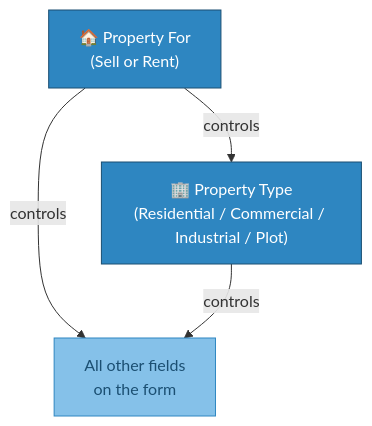
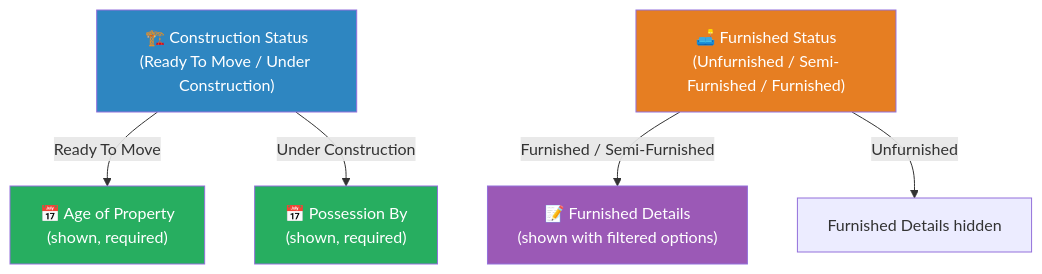
Before and after one commit to shackshyam/property: the first of 4 diagrams in README.md, drawn with Mermaid. The commit also changed other lines of this file, not shown here.

Commit message:
Update README for Project Form details

````diff
--- a/README.md
+++ b/README.md
@@ -23,14 +26,17 @@
 ```mermaid
 graph TD
-    A["🏠 Property For<br>(Sell or Rent)"]
-    B["🏢 Property Type<br>(Residential / Commercial / Industrial / Plot)"]
-    C["All other fields<br>on the form"]
+    CS["🏗️ Construction Status<br>(Ready To Move / Under Construction)"]
+    FS["🛋️ Furnished Status<br>(Unfurnished / Semi-Furnished / Furnished)"]
 
-    A -->|"controls"| B
-    A -->|"controls"| C
-    B -->|"controls"| C
+    CS -->|"Ready To Move"| AOP["📅 Age of Property<br>(shown, required)"]
+    CS -->|"Under Construction"| PB["📅 Possession By<br>(shown, required)"]
 
-    style A fill:#2E86C1,color:#fff,stroke:#1B4F72
-    style B fill:#2E86C1,color:#fff,stroke:#1B4F72
-    style C fill:#85C1E9,color:#1B4F72,stroke:#2E86C1
+    FS -->|"Furnished / Semi-Furnished"| FD["📝 Furnished Details<br>(shown with filtered options)"]
+    FS -->|"Unfurnished"| FD_HIDE["Furnished Details hidden"]
+
+    style CS fill:#2E86C1,color:#fff
+    style FS fill:#E67E22,color:#fff
+    style AOP fill:#27AE60,color:#fff
+    style PB fill:#27AE60,color:#fff
+    style FD fill:#9B59B6,color:#fff
 ```
````
